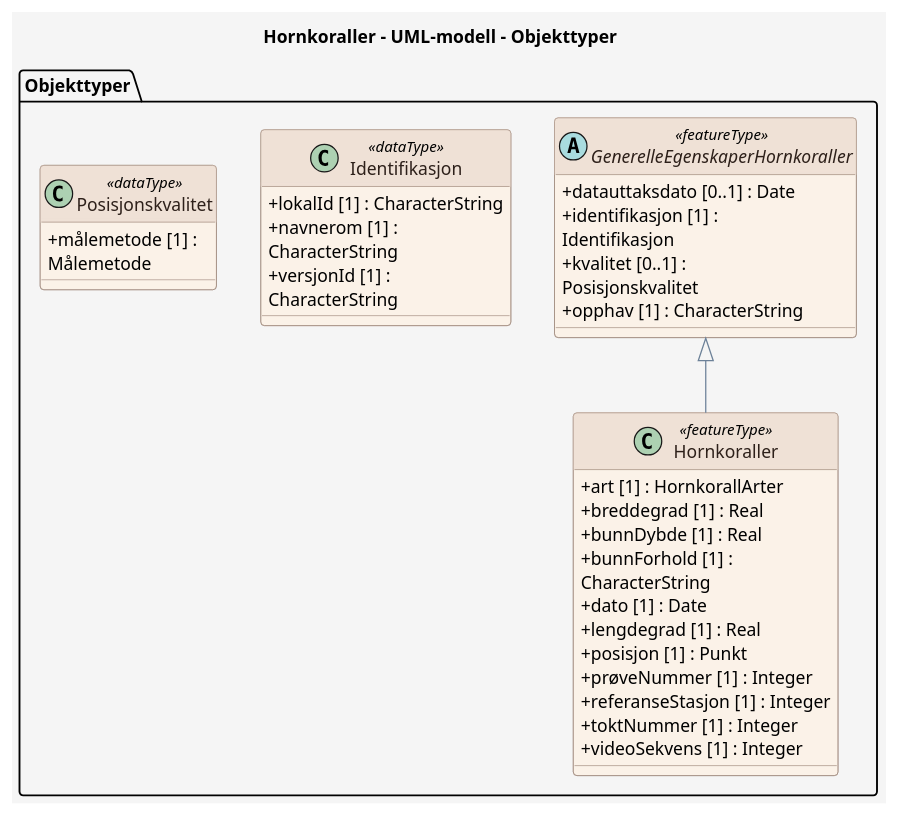
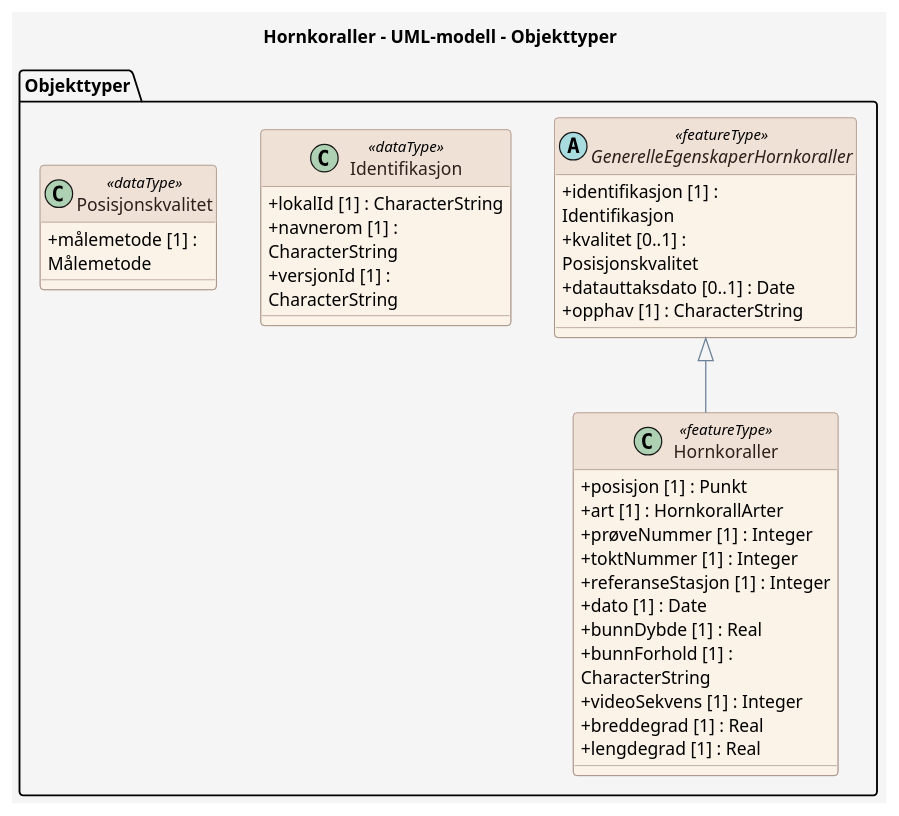
One commit to ToreFreddyB/produktspesifikasjon_HI changed the diagram in produktspesifikasjon/hornkoraller/uml-modell/uml-modell_feature_catalogue.puml. Above: the diagram before and after it, drawn with PlantUML. The commit also changed other lines of this file and 7 other files, not shown here.

```diff
--- a/produktspesifikasjon/hornkoraller/uml-modell/uml-modell_feature_catalogue.puml
+++ b/produktspesifikasjon/hornkoraller/uml-modell/uml-modell_feature_catalogue.puml
@@ -1,67 +1,67 @@
 @startuml
 ' For wide diagrams, render with: plantuml -DPLANTUML_LIMIT_SIZE=16384 ...
 ' The 'scale max' directive below caps the rendered output to prevent the
 ' default PlantUML 4096px size limit from cropping the diagram.
 scale max 4000*4000
 
 title Hornkoraller - UML-modell - Objekttyper
 
 skinparam backgroundColor #F5F5F5
 skinparam shadowing false
 skinparam RoundCorner 6
 skinparam ArrowColor #6C8198
 skinparam wrapWidth 200
 skinparam class {
   BackgroundColor #FBF2E8
   BorderColor #9C8578
   FontColor #2D201A
   HeaderBackgroundColor #EFE1D6
   HeaderFontColor #2D201A
   AttributeIconSize 0
 }
 skinparam note {
   BackgroundColor #FFFFFF
   BorderColor #6C8198
   FontColor #2D201A
 }
 skinparam stereotypeCBackgroundColor #EAD9CE
 skinparam stereotypeCBorderColor #9C8578
 skinparam stereotypeCFontColor #2D201A
 
 package "Objekttyper" {
 
   abstract class GenerelleEgenskaperHornkoraller <<featureType>> {
-    + datauttaksdato [0..1] : Date
     + identifikasjon [1] : Identifikasjon
     + kvalitet [0..1] : Posisjonskvalitet
+    + datauttaksdato [0..1] : Date
     + opphav [1] : CharacterString
   }
 
   class Hornkoraller <<featureType>> {
+    + posisjon [1] : Punkt
     + art [1] : HornkorallArter
-    + breddegrad [1] : Real
+    + prøveNummer [1] : Integer
+    + toktNummer [1] : Integer
+    + referanseStasjon [1] : Integer
+    + dato [1] : Date
     + bunnDybde [1] : Real
     + bunnForhold [1] : CharacterString
-    + dato [1] : Date
+    + videoSekvens [1] : Integer
+    + breddegrad [1] : Real
     + lengdegrad [1] : Real
-    + posisjon [1] : Punkt
-    + prøveNummer [1] : Integer
-    + referanseStasjon [1] : Integer
-    + toktNummer [1] : Integer
-    + videoSekvens [1] : Integer
   }
 
   class Identifikasjon <<dataType>> {
     + lokalId [1] : CharacterString
     + navnerom [1] : CharacterString
     + versjonId [1] : CharacterString
   }
 
   class Posisjonskvalitet <<dataType>> {
     + målemetode [1] : Målemetode
   }
 }
 
   GenerelleEgenskaperHornkoraller <|-- Hornkoraller
 
 @enduml
```
